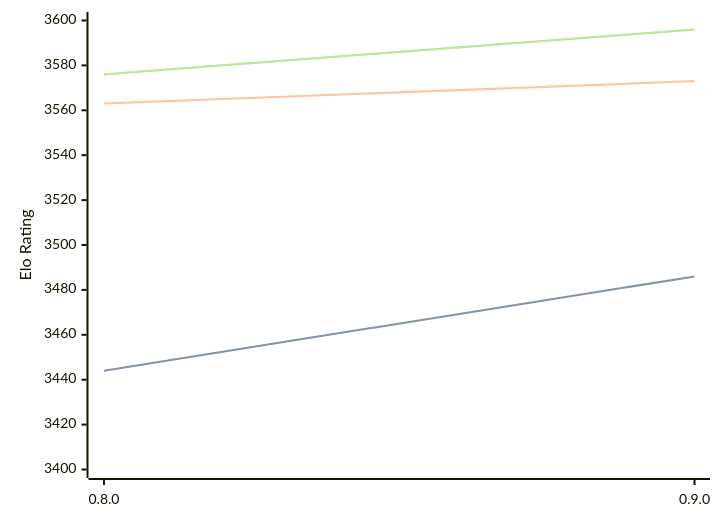
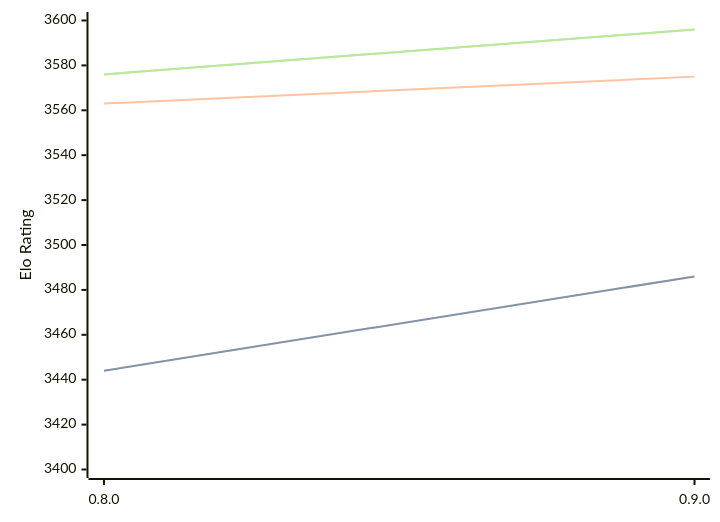
One commit to computer-chess-index/cci changed the diagram in engines/Reckless.md. Above: the diagram before and after it, drawn with Mermaid. The commit also changed other lines of this file, not shown here.

````diff
--- a/engines/Reckless.md
+++ b/engines/Reckless.md
@@ -32,11 +32,11 @@
 ```mermaid
 %%{init: {"theme":"base","themeVariables":{"seriesColors:['#a3a3a3','#222221','#faa371']}}}%%
 xychart-beta
   x-axis ["0.8.0", "0.9.0"]
   y-axis "Elo Rating" 3400 --> 3600
   line "" [3444, 3486]
   line "STC (8.0+0.08s)" [3444, 3486]
-  line "LTC (60.0+0.60s)" [3563, 3573]
+  line "LTC (60.0+0.60s)" [3563, 3575]
   line "" [3576, 3596]
   line "VLTC (2m24s+1.12s)" [3576, 3596]
 ```
````
